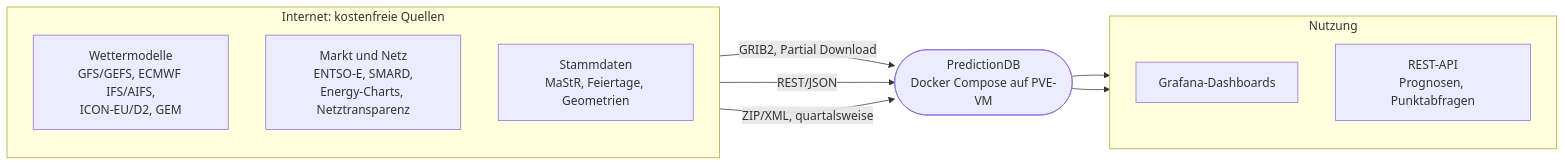
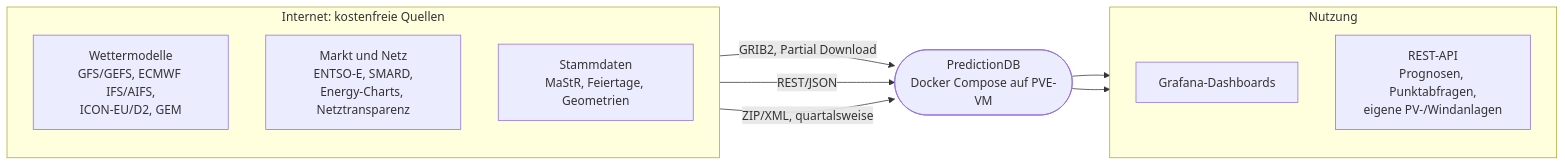
One commit to the78mole/PredictionDB changed the first of 15 diagrams in docs/ARCHITEKTUR.md. Above: the diagram before and after it, drawn with Mermaid. The commit also changed other lines of this file, not shown here.

First line of the commit message:
docs: add forecast API for own PV and wind plants

````diff
--- a/docs/ARCHITEKTUR.md
+++ b/docs/ARCHITEKTUR.md
@@ -73,23 +74,23 @@
 ```mermaid
 flowchart LR
     subgraph EXT["Internet: kostenfreie Quellen"]
         direction TB
         NWP["Wettermodelle<br/>GFS/GEFS, ECMWF IFS/AIFS,<br/>ICON-EU/D2, GEM"]
         MKT["Markt und Netz<br/>ENTSO-E, SMARD,<br/>Energy-Charts, Netztransparenz"]
         STAT["Stammdaten<br/>MaStR, Feiertage, Geometrien"]
     end
 
     SYS(["PredictionDB<br/>Docker Compose auf PVE-VM"])
 
     subgraph USE["Nutzung"]
         direction TB
         DASH["Grafana-Dashboards"]
-        API["REST-API<br/>Prognosen, Punktabfragen"]
+        API["REST-API<br/>Prognosen, Punktabfragen,<br/>eigene PV-/Windanlagen"]
     end
 
     NWP -- "GRIB2, Partial Download" --> SYS
     MKT -- "REST/JSON" --> SYS
     STAT -- "ZIP/XML, quartalsweise" --> SYS
     SYS --> DASH
     SYS --> API
 ```
````
